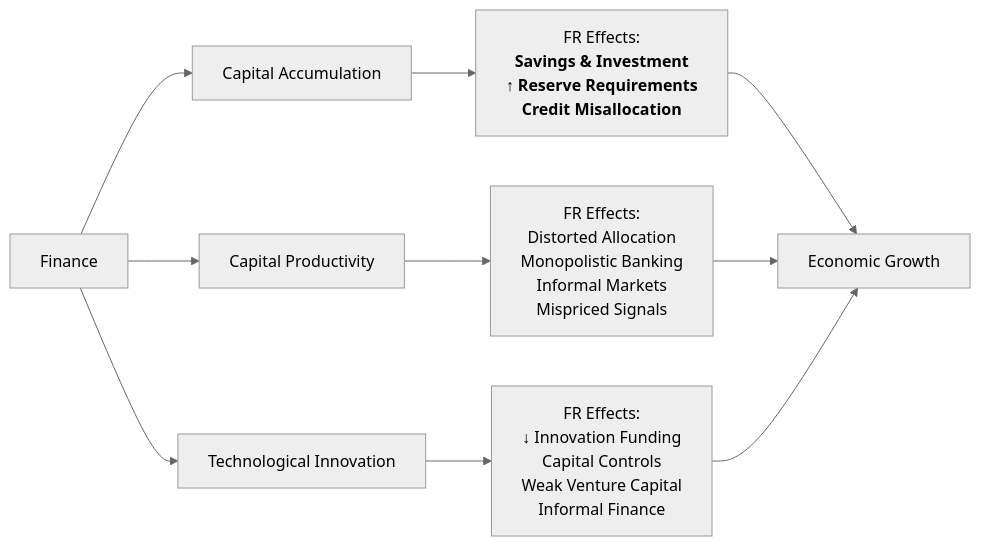
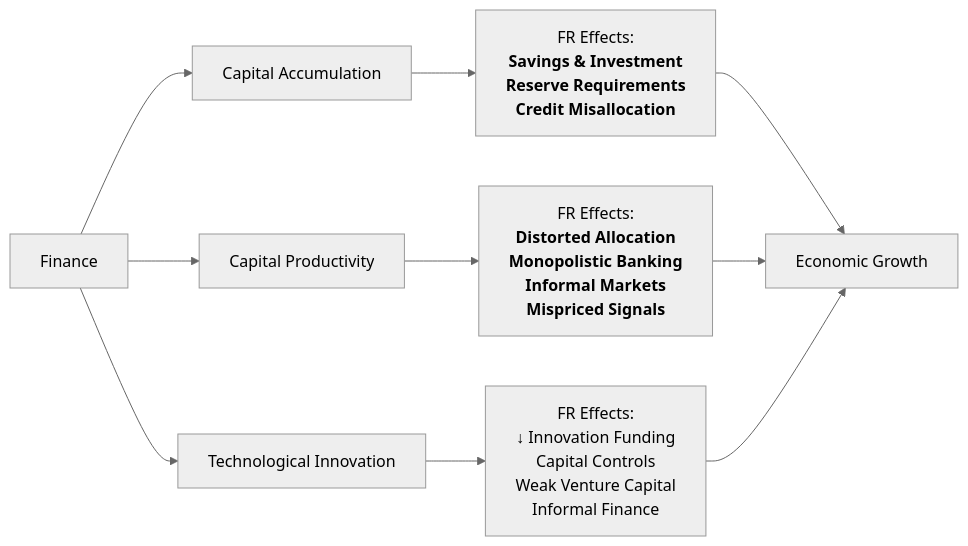
Before and after one commit to Aboutorabi/FR-FD-Gr.md: the diagram in FR-FD&Gr.md, drawn with Mermaid (neutral theme).

````diff
--- a/FR-FD&Gr.md
+++ b/FR-FD&Gr.md
@@ -1,20 +1,20 @@
 ```mermaid
 flowchart LR
     F["Finance"]
 
     %% Channels
     A["Capital Accumulation"]
     B["Capital Productivity"]
     C["Technological Innovation"]
 
     %% FR Effects (multiline, single line per item)
-    A_sub["FR Effects:<b></br> Savings & Investment\n↑ Reserve Requirements\nCredit Misallocation"]
-    B_sub["FR Effects:\nDistorted Allocation\nMonopolistic Banking\nInformal Markets\nMispriced Signals"]
+    A_sub["FR Effects:<b></br> Savings & Investment<b></br> Reserve Requirements<b></br> Credit Misallocation"]
+    B_sub["FR Effects:<b></br> Distorted Allocation<b></br> Monopolistic Banking<b></br> Informal Markets\nMispriced Signals"]
     C_sub["FR Effects:\n↓ Innovation Funding\nCapital Controls\nWeak Venture Capital\nInformal Finance"]
 
     %% Flow connections
     F --> A --> A_sub --> G["Economic Growth"]
     F --> B --> B_sub --> G
     F --> C --> C_sub --> G
 
 ```
````
